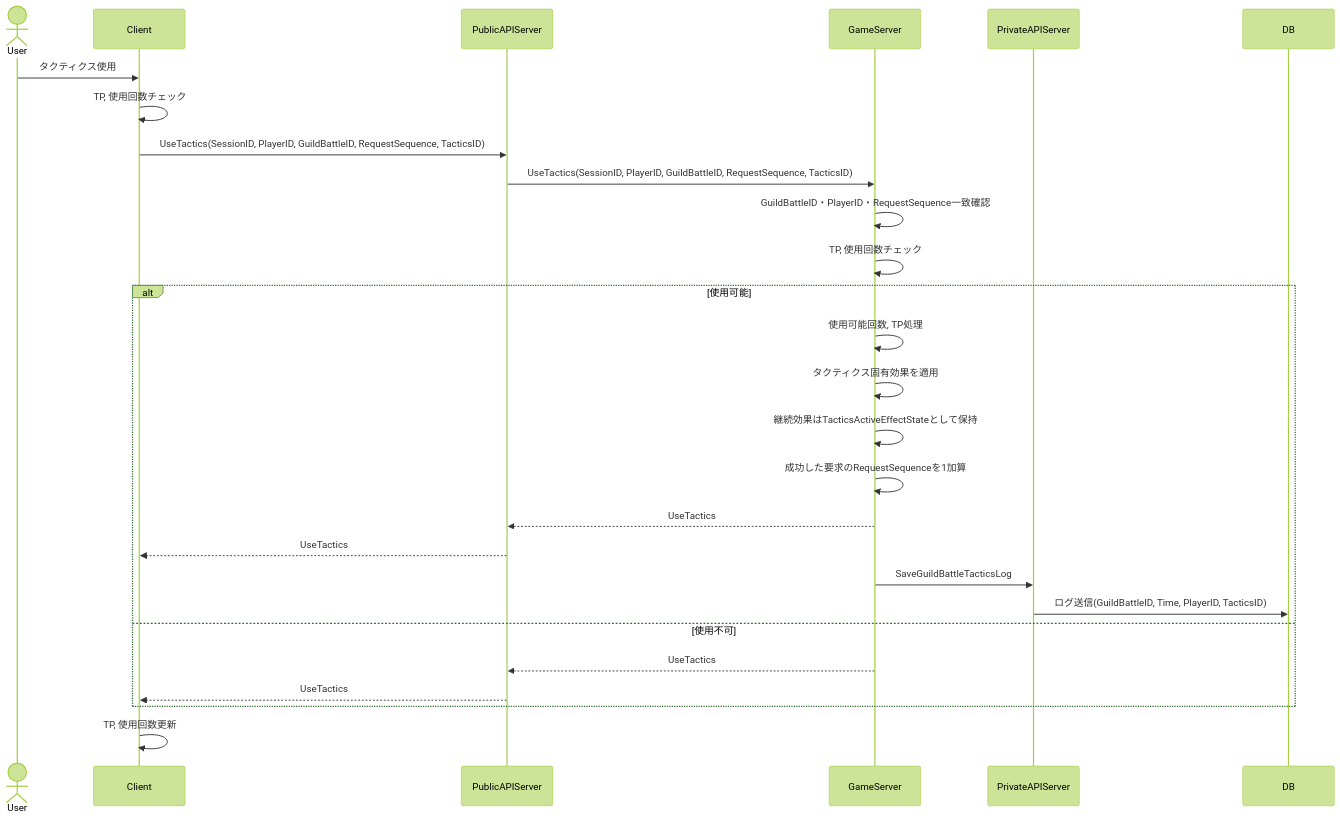
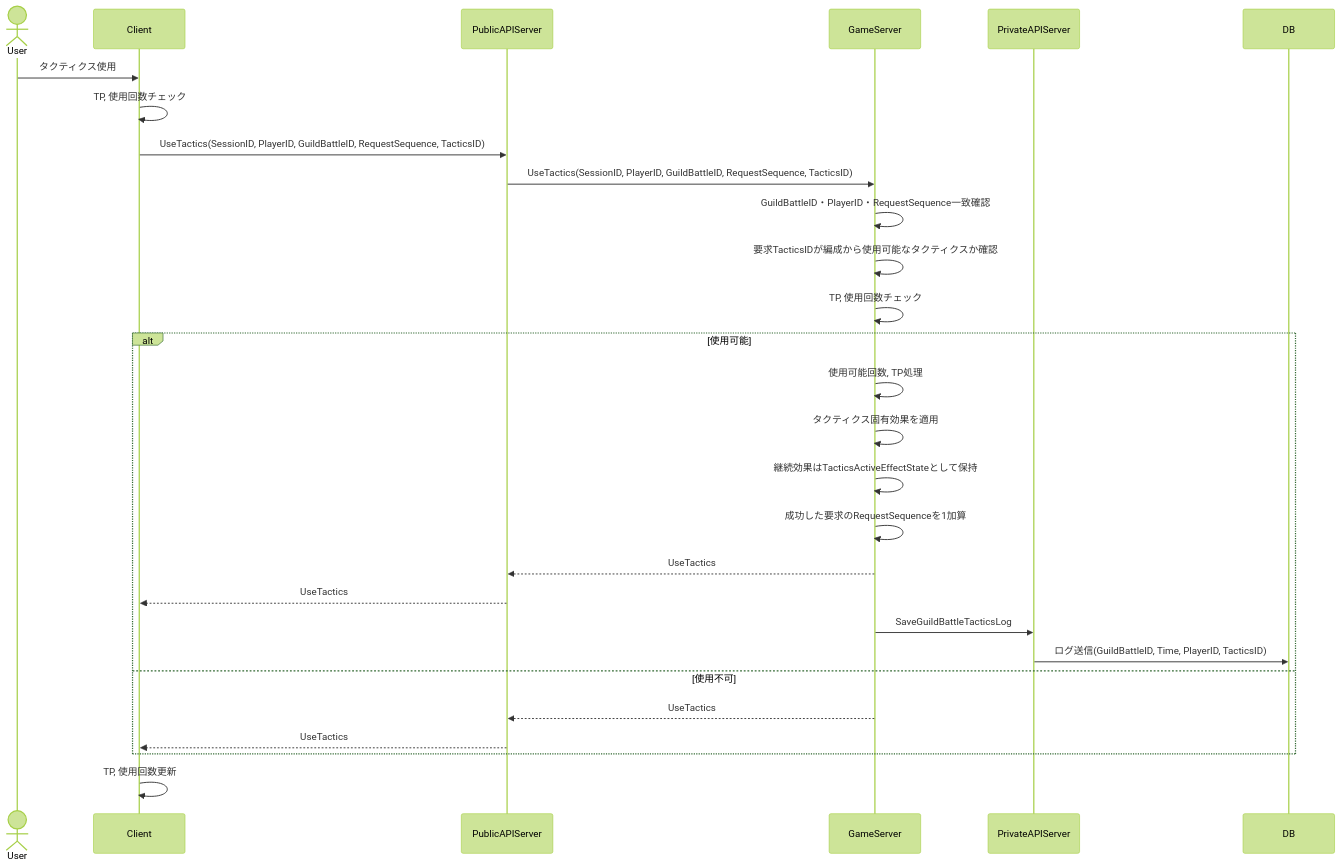
One commit to ReHydrangeaOdyssey/Specifications changed the eighth of 16 diagrams in design/guild_battle.md. Above: the diagram before and after it, drawn with Mermaid (forest theme). The commit also changed other lines of this file and 17 other files, not shown here.

````diff
--- a/design/guild_battle.md
+++ b/design/guild_battle.md
@@ -300,34 +312,35 @@
 ``` mermaid
 sequenceDiagram
     actor User
     participant Client
     participant PublicAPIServer
     participant GameServer
     participant PrivateAPIServer
     participant DB
 
     User->>Client: タクティクス使用
     Client->>Client: TP, 使用回数チェック
     Client->>PublicAPIServer: UseTactics(SessionID, PlayerID, GuildBattleID, RequestSequence, TacticsID)
     PublicAPIServer->>GameServer: UseTactics(SessionID, PlayerID, GuildBattleID, RequestSequence, TacticsID)
 
     GameServer->>GameServer: GuildBattleID・PlayerID・RequestSequence一致確認
+    GameServer->>GameServer: 要求TacticsIDが編成から使用可能なタクティクスか確認
     GameServer->>GameServer: TP, 使用回数チェック
 
     alt 使用可能
         GameServer->>GameServer: 使用可能回数, TP処理
         GameServer->>GameServer: タクティクス固有効果を適用
         GameServer->>GameServer: 継続効果はTacticsActiveEffectStateとして保持
         GameServer->>GameServer: 成功した要求のRequestSequenceを1加算
         GameServer-->>PublicAPIServer: UseTactics
         PublicAPIServer-->>Client: UseTactics
 
         GameServer ->> PrivateAPIServer: SaveGuildBattleTacticsLog
         PrivateAPIServer ->> DB: ログ送信(GuildBattleID, Time, PlayerID, TacticsID)
     else 使用不可
         GameServer-->>PublicAPIServer: UseTactics
         PublicAPIServer-->>Client: UseTactics
     end
     
     Client->>Client: TP, 使用回数更新
 ```
````
